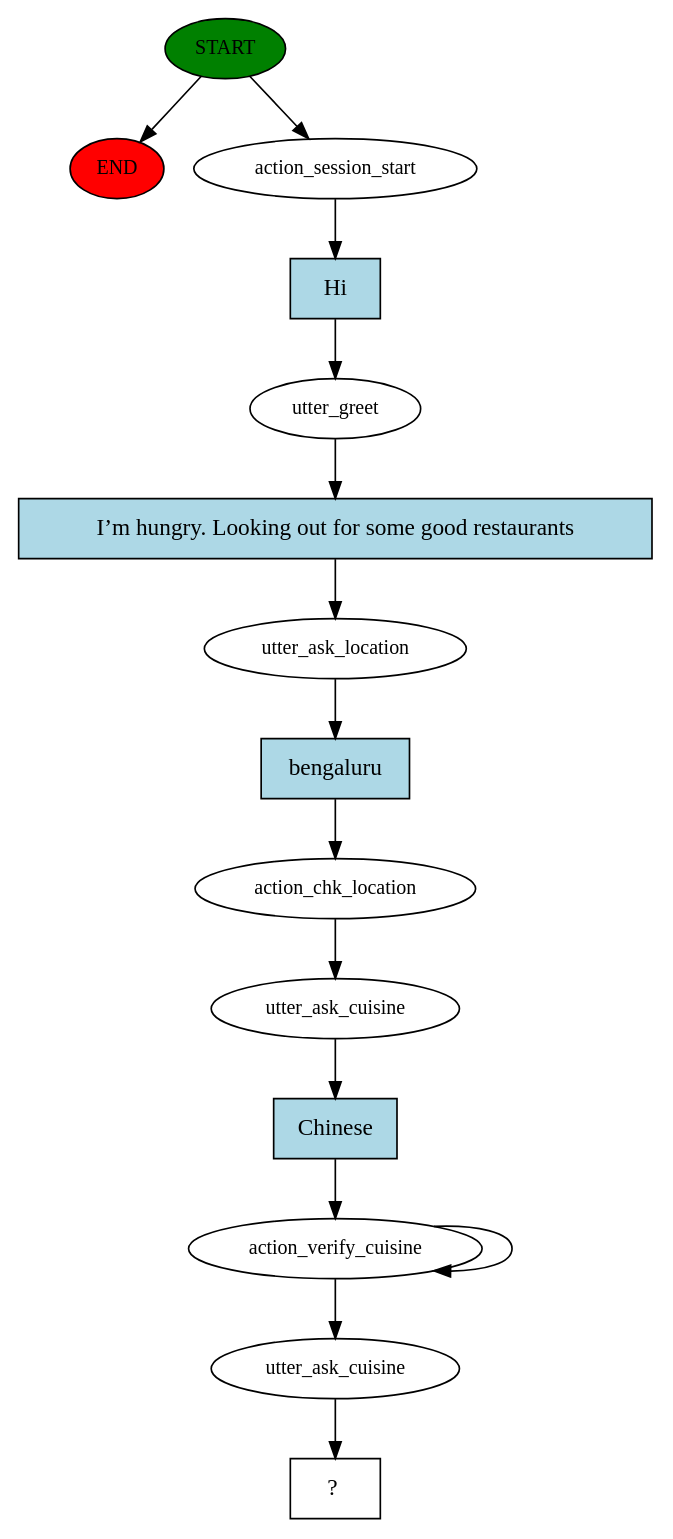
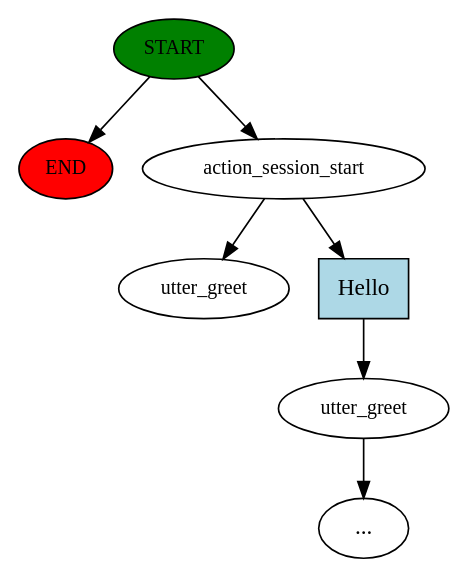
One commit to vibhorgoyal18/RASA_Chatbot changed the diagram in story_graph.dot. Above: the diagram before and after it, drawn with Graphviz. The commit also changed 6 other files, not shown here.

```diff
--- a/story_graph.dot
+++ b/story_graph.dot
@@ -1,30 +1,15 @@
 digraph  {
 0 [class="start active", fillcolor=green, fontsize=12, label=START, style=filled];
 "-1" [class=end, fillcolor=red, fontsize=12, label=END, style=filled];
 1 [class=active, fontsize=12, label=action_session_start];
-2 [class=active, fontsize=12, label=utter_greet];
-3 [class=active, fontsize=12, label=utter_ask_location];
-4 [class=active, fontsize=12, label=action_chk_location];
-5 [class=active, fontsize=12, label=utter_ask_cuisine];
-6 [class=active, fontsize=12, label=action_verify_cuisine];
-8 [class=active, fontsize=12, label=utter_ask_cuisine];
-9 [class="intent dashed active", label="  ?  ", shape=rect];
-10 [class="intent active", fillcolor=lightblue, label=Hi, shape=rect, style=filled];
-11 [class="intent active", fillcolor=lightblue, label="I’m hungry. Looking out for some good restaurants", shape=rect, style=filled];
-12 [class="intent active", fillcolor=lightblue, label=bengaluru, shape=rect, style=filled];
-13 [class="intent active", fillcolor=lightblue, label=Chinese, shape=rect, style=filled];
+2 [class="", fontsize=12, label=utter_greet];
+"-3" [class=ellipsis, label="..."];
+4 [class="dashed active", fontsize=12, label=utter_greet];
+5 [class=intent, fillcolor=lightblue, label=Hello, shape=rect, style=filled];
 0 -> "-1"  [class="", key=NONE, label=""];
 0 -> 1  [class=active, key=NONE, label=""];
-1 -> 10  [class=active, key=0];
-2 -> 11  [class=active, key=0];
-3 -> 12  [class=active, key=0];
-4 -> 5  [class=active, key=NONE, label=""];
-5 -> 13  [class=active, key=0];
-6 -> 8  [class=active, key=NONE, label=""];
-6 -> 6  [class=active, key=NONE, label=""];
-8 -> 9  [class=active, key=NONE, label=""];
-10 -> 2  [class=active, key=0];
-11 -> 3  [class=active, key=0];
-12 -> 4  [class=active, key=0];
-13 -> 6  [class=active, key=0];
+1 -> 4  [class=active, key=NONE, label=""];
+1 -> 5  [class="", key=0];
+2 -> "-3"  [class="", key=NONE, label=""];
+5 -> 2  [class="", key=0];
 }
```
